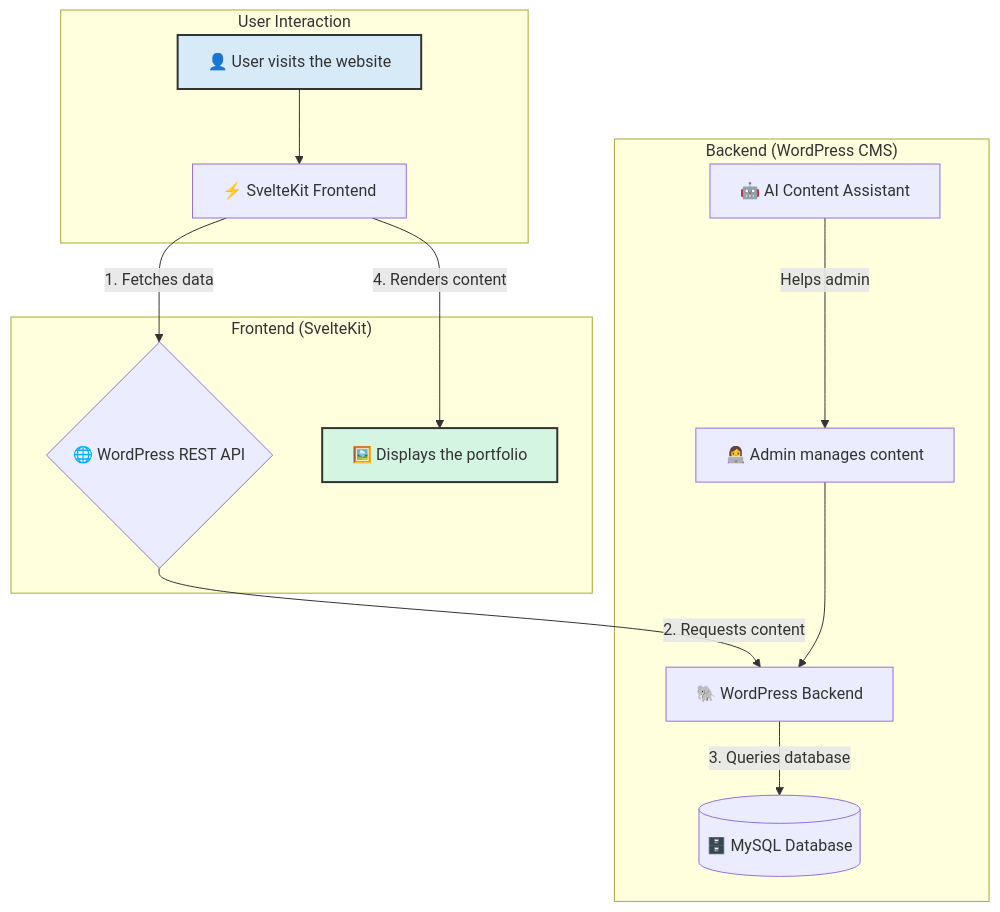
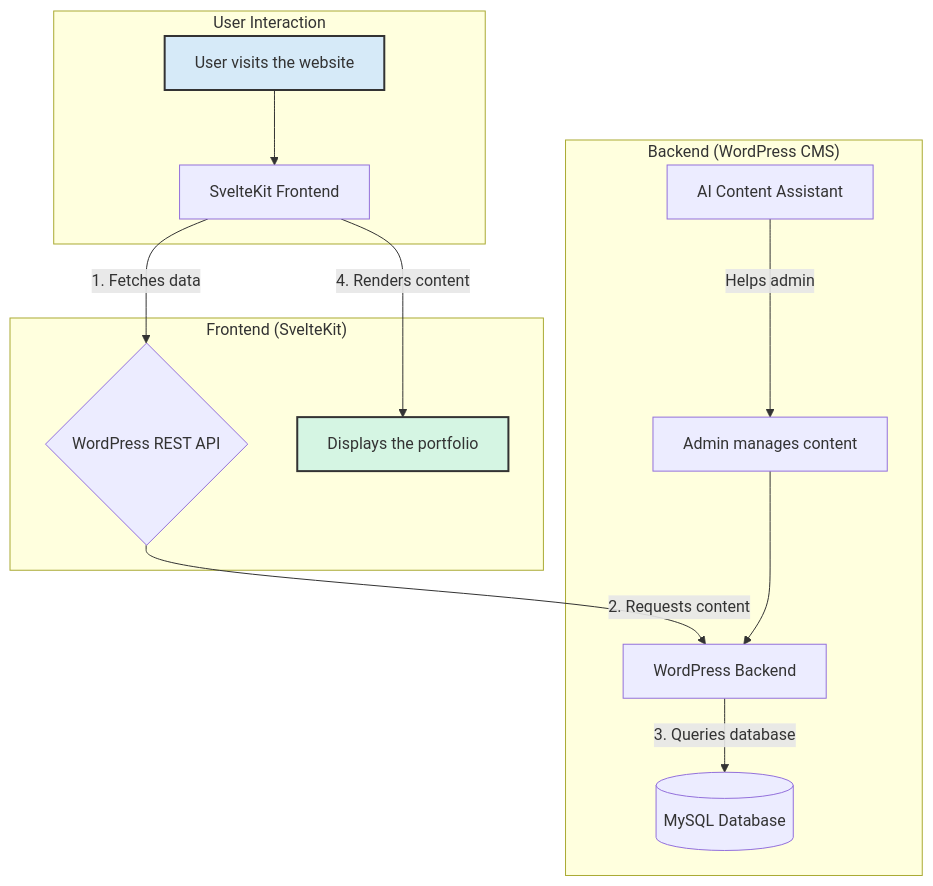
Before and after one commit to zrahabibi/portfolio: the diagram in README.md, drawn with Mermaid.

````diff
--- a/README.md
+++ b/README.md
@@ -48,22 +48,22 @@
 ```mermaid
 graph TD;
     subgraph "User Interaction"
-        User[👤 User visits the website] --> SvelteKit;
+        User["User visits the website"] --> SvelteKit;
     end
 
     subgraph "Frontend (SvelteKit)"
-        SvelteKit[⚡ SvelteKit Frontend] -->|"1. Fetches data"| API;
-        API{🌐 WordPress REST API};
-        SvelteKit -->|"4. Renders content"| RenderedPage[🖼️ Displays the portfolio];
+        SvelteKit["SvelteKit Frontend"] -->|"1. Fetches data"| API;
+        API{"WordPress REST API"};
+        SvelteKit -->|"4. Renders content"| RenderedPage["Displays the portfolio"];
     end
 
     subgraph "Backend (WordPress CMS)"
         API -->|"2. Requests content"| WordPress;
-        WordPress[🐘 WordPress Backend] -->|"3. Queries database"| DB[(🗄️ MySQL Database)];
-        Admin[👩‍💻 Admin manages content] --> WordPress;
-        AI[🤖 AI Content Assistant] -->|Helps admin| Admin;
+        WordPress["WordPress Backend"] -->|"3. Queries database"| DB[("MySQL Database")];
+        Admin["Admin manages content"] --> WordPress;
+        AI["AI Content Assistant"] -->|Helps admin| Admin;
     end
 
     style User fill:#D6EAF8,stroke:#333,stroke-width:2px
     style RenderedPage fill:#D5F5E3,stroke:#333,stroke-width:2px
 ```
````
